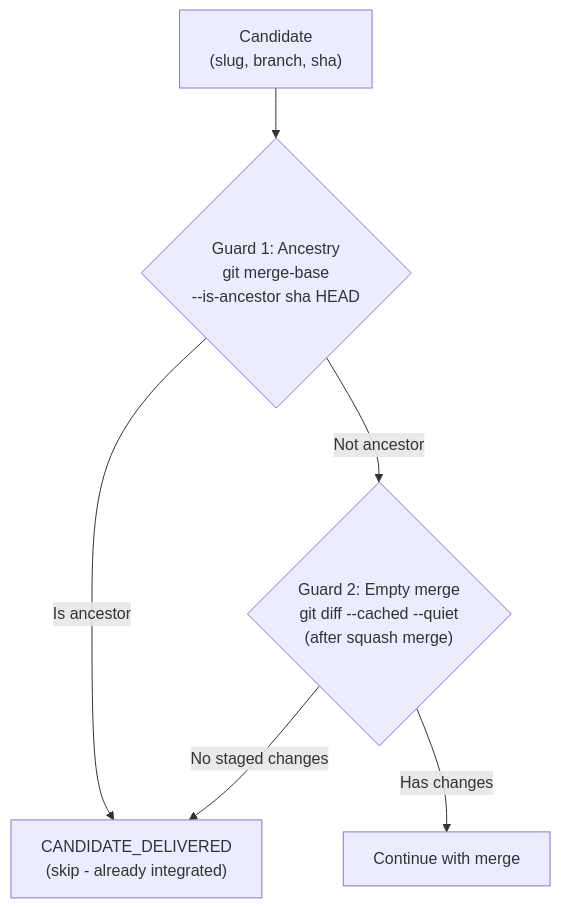
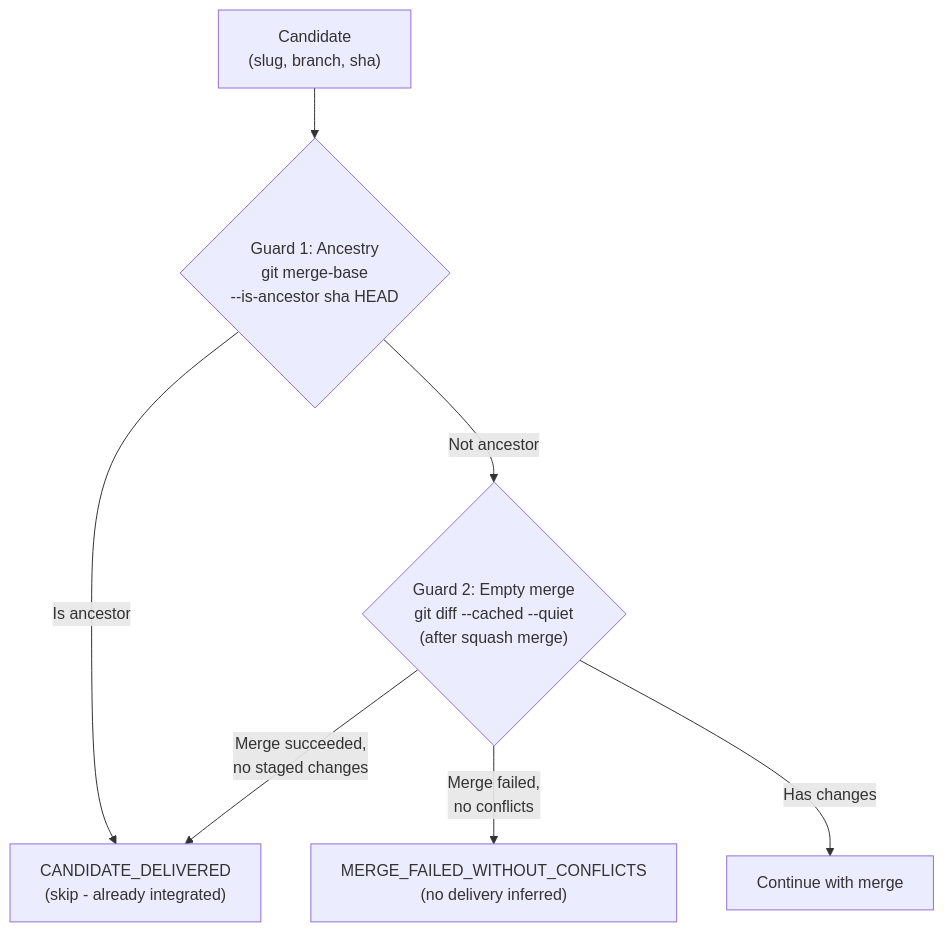
One commit to InstruktAI/TeleClaude changed the ninth of 12 diagrams in docs/project/design/architecture/integration-state-machine.md. Above: the diagram before and after it, drawn with Mermaid. The commit also changed other lines of this file and 2 other files, not shown here.

Commit message:
docs(integration): state the merge-success precondition on the empty-merge guard
The guard gained a precondition in code and three governing documents kept
asserting the contract without it — a bound use case, the orchestrator spec, and
the architecture prose and diagram all said an empty staged diff means already on
main. That is now false, and it was the shape of failure the change exists to
prevent.

Each states that the guard reads an empty index only after a merge that
succeeded, and names the third outcome the diagram was missing: a merge that
failed with no conflicted paths leaves the candidate unknown, infers no delivery,
and surfaces MERGE_FAILED_WITHOUT_CONFLICTS. The lifecycle note records that this
outcome emits no candidate event, since nothing was integrated.

🤖 Generated with [TeleClaude](https://github.com/InstruktAI/TeleClaude)

Session: b1bea8ff-8942-44f1-a998-3fc27780d4d8
Human-Involved: true

````diff
--- a/docs/project/design/architecture/integration-state-machine.md
+++ b/docs/project/design/architecture/integration-state-machine.md
@@ -424,16 +424,18 @@
 ```mermaid
 flowchart TD
     Candidate["Candidate<br/>(slug, branch, sha)"]
 
     Guard1{"Guard 1: Ancestry<br/>git merge-base<br/>--is-ancestor sha HEAD"}
     Guard2{"Guard 2: Empty merge<br/>git diff --cached --quiet<br/>(after squash merge)"}
 
     Skip["CANDIDATE_DELIVERED<br/>(skip - already integrated)"]
     Proceed["Continue with merge"]
+    Unknown["MERGE_FAILED_WITHOUT_CONFLICTS<br/>(no delivery inferred)"]
 
     Candidate --> Guard1
     Guard1 -->|"Is ancestor"| Skip
     Guard1 -->|"Not ancestor"| Guard2
-    Guard2 -->|"No staged changes"| Skip
+    Guard2 -->|"Merge succeeded,<br/>no staged changes"| Skip
+    Guard2 -->|"Merge failed,<br/>no conflicts"| Unknown
     Guard2 -->|"Has changes"| Proceed
 ```
````
